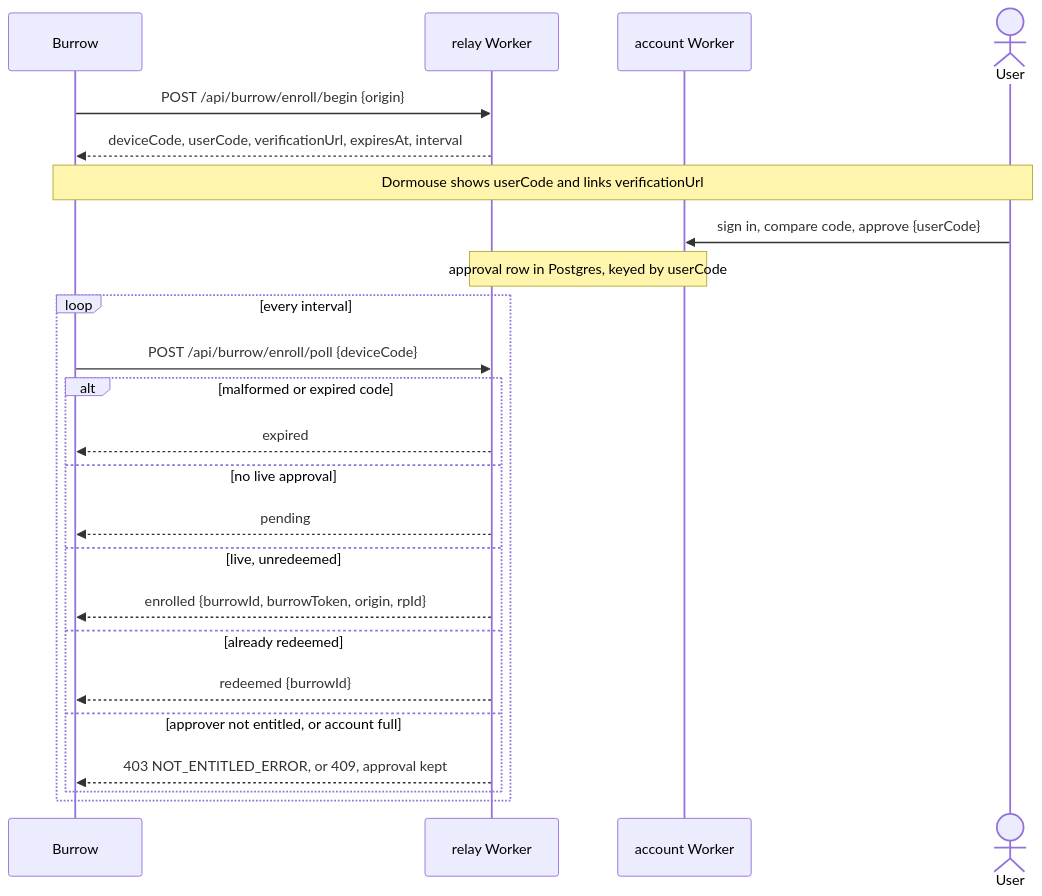
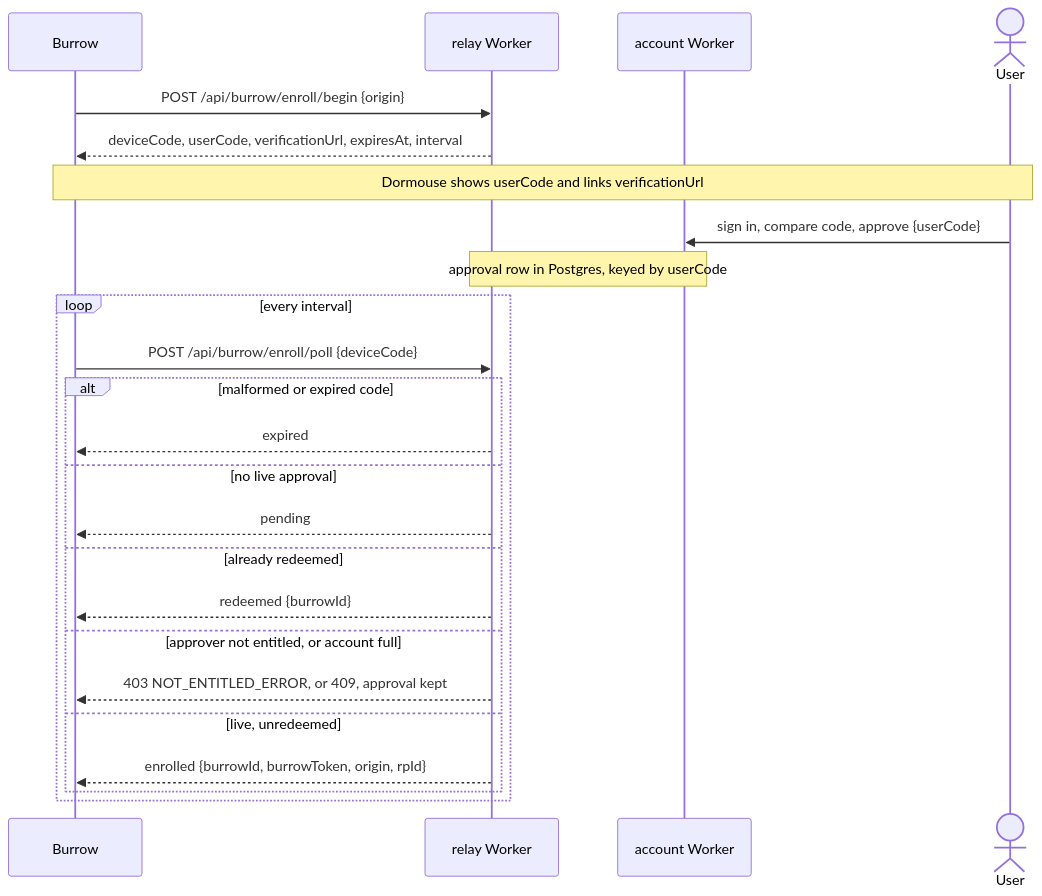
One commit to diffplug/dormouse changed the diagram in docs/specs/hosted.md. Above: the diagram before and after it, drawn with Mermaid. The commit also changed other lines of this file, not shown here.

````diff
--- a/docs/specs/hosted.md
+++ b/docs/specs/hosted.md
@@ -154,26 +154,26 @@
 ```mermaid
 sequenceDiagram
   participant Burrow
   participant R as relay Worker
   participant A as account Worker
   actor User
   Burrow->>R: POST /api/burrow/enroll/begin {origin}
   R-->>Burrow: deviceCode, userCode, verificationUrl, expiresAt, interval
   Note over Burrow,User: Dormouse shows userCode and links verificationUrl
   User->>A: sign in, compare code, approve {userCode}
   Note over R,A: approval row in Postgres, keyed by userCode
   loop every interval
     Burrow->>R: POST /api/burrow/enroll/poll {deviceCode}
     alt malformed or expired code
       R-->>Burrow: expired
     else no live approval
       R-->>Burrow: pending
-    else live, unredeemed
-      R-->>Burrow: enrolled {burrowId, burrowToken, origin, rpId}
     else already redeemed
       R-->>Burrow: redeemed {burrowId}
     else approver not entitled, or account full
       R-->>Burrow: 403 NOT_ENTITLED_ERROR, or 409, approval kept
+    else live, unredeemed
+      R-->>Burrow: enrolled {burrowId, burrowToken, origin, rpId}
     end
   end
 ```
````
